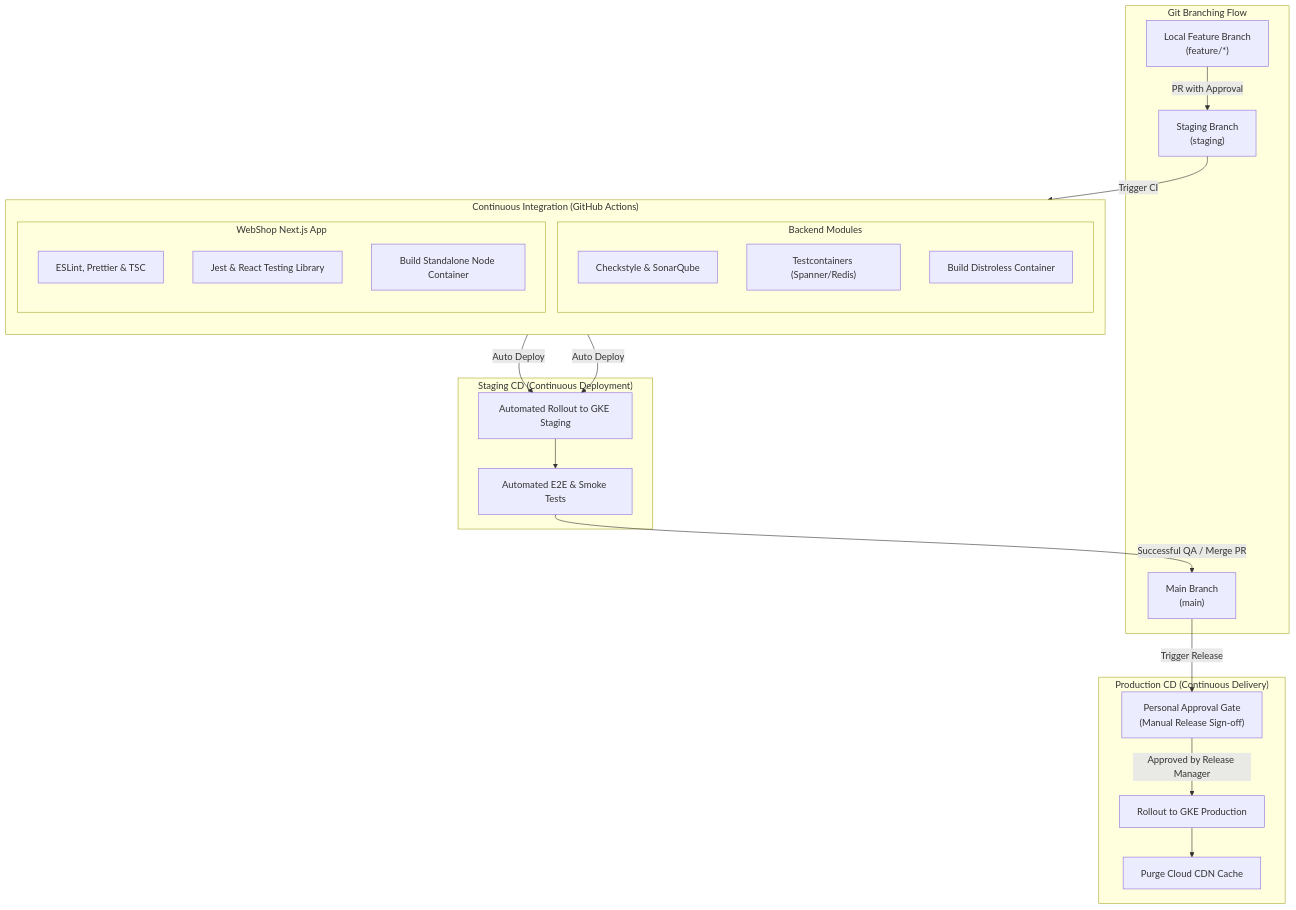
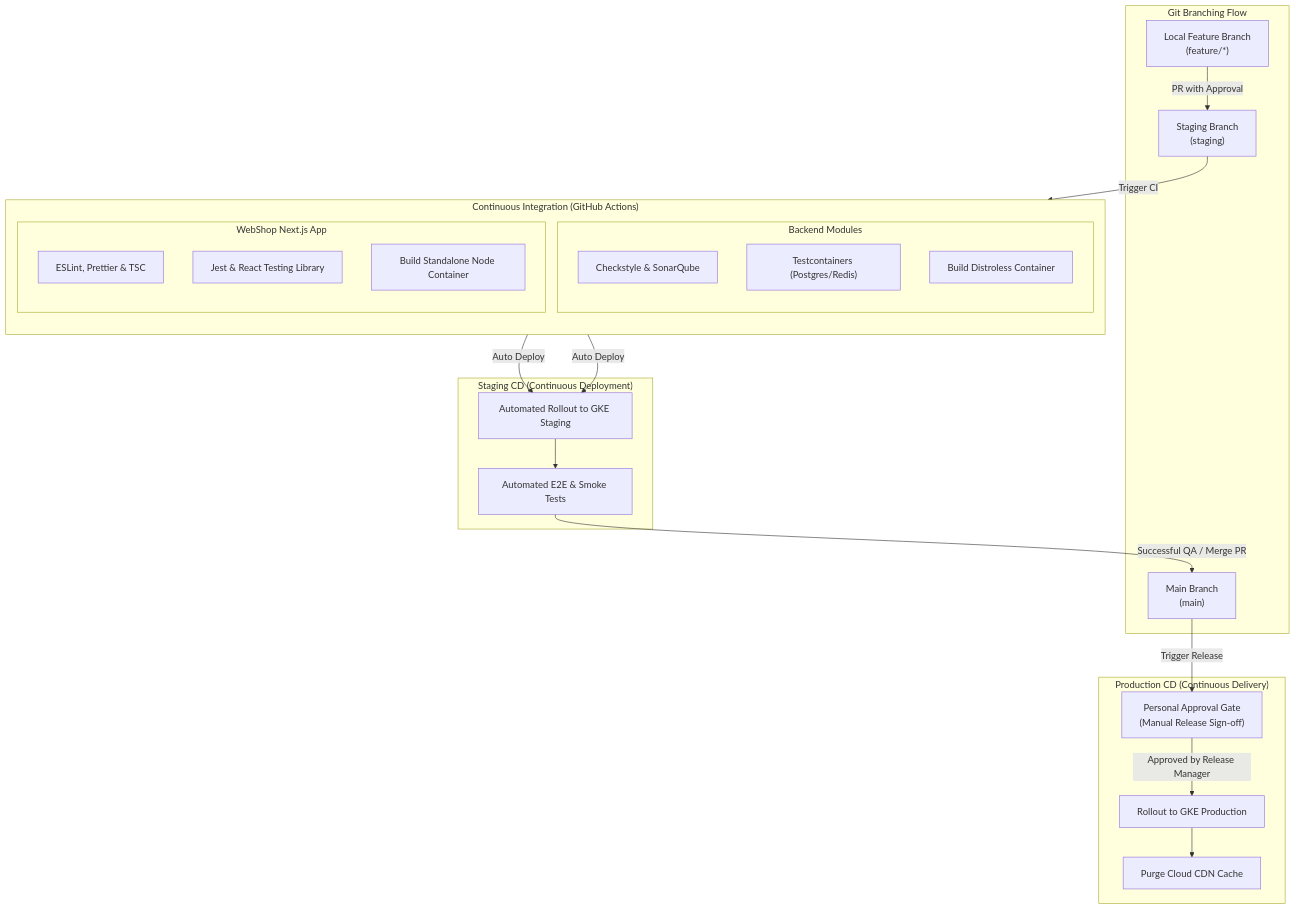
Before and after one commit to drapic88/abysalto-webshop: the diagram in doc/delivery.md, drawn with Mermaid. The commit also changed other lines of this file and 7 other files, not shown here.

````diff
--- a/doc/delivery.md
+++ b/doc/delivery.md
@@ -22,51 +22,51 @@
 ```mermaid
 graph TD
     %% Branches & Dev Loop
     subgraph Git ["Git Branching Flow"]
         Feature["Local Feature Branch<br/>(feature/*)"]
         StagingBranch["Staging Branch<br/>(staging)"]
         MainBranch["Main Branch<br/>(main)"]
     end
 
     %% CI Processes
     subgraph CI ["Continuous Integration (GitHub Actions)"]
         direction TB
         subgraph Backend_CI ["Backend Modules"]
             VerifyBE["Checkstyle & SonarQube"]
-            TestBE["Testcontainers (Spanner/Redis)"]
+            TestBE["Testcontainers (Postgres/Redis)"]
             PackBE["Build Distroless Container"]
         end
         subgraph Frontend_CI ["WebShop Next.js App"]
             VerifyFE["ESLint, Prettier & TSC"]
             TestFE["Jest & React Testing Library"]
             PackFE["Build Standalone Node Container"]
         end
     end
 
     %% Staging CD
     subgraph CD_Staging ["Staging CD (Continuous Deployment)"]
         DeployStg["Automated Rollout to GKE Staging"]
         VerifyStg["Automated E2E & Smoke Tests"]
     end
 
     %% Production CD
     subgraph CD_Prod ["Production CD (Continuous Delivery)"]
         Gate["Personal Approval Gate<br/>(Manual Release Sign-off)"]
         RolloutProd["Rollout to GKE Production"]
         CDNFlush["Purge Cloud CDN Cache"]
     end
 
     %% Flow lines
     Feature -->|PR with Approval| StagingBranch
     StagingBranch -->|Trigger CI| CI
     
     PackBE -->|Auto Deploy| DeployStg
     PackFE -->|Auto Deploy| DeployStg
     DeployStg --> VerifyStg
     
     %% Promotion to main
     VerifyStg -->|Successful QA / Merge PR| MainBranch
     MainBranch -->|Trigger Release| Gate
     Gate -->|Approved by Release Manager| RolloutProd
     RolloutProd --> CDNFlush
 ```
````
